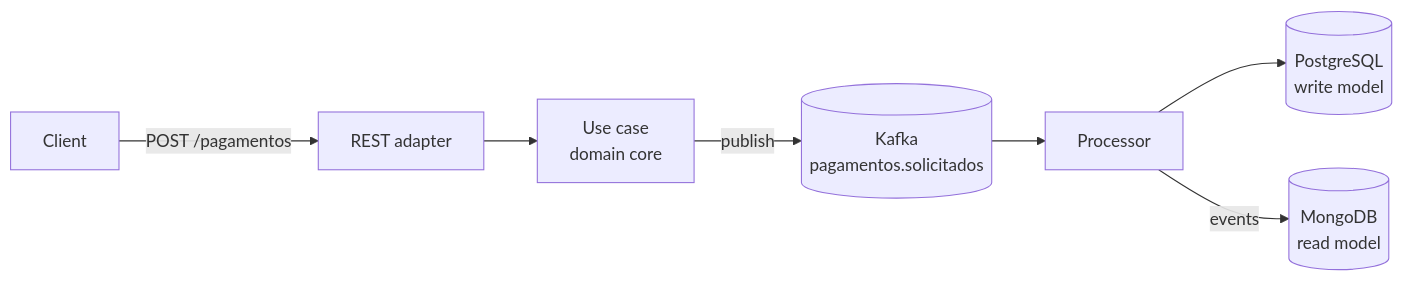
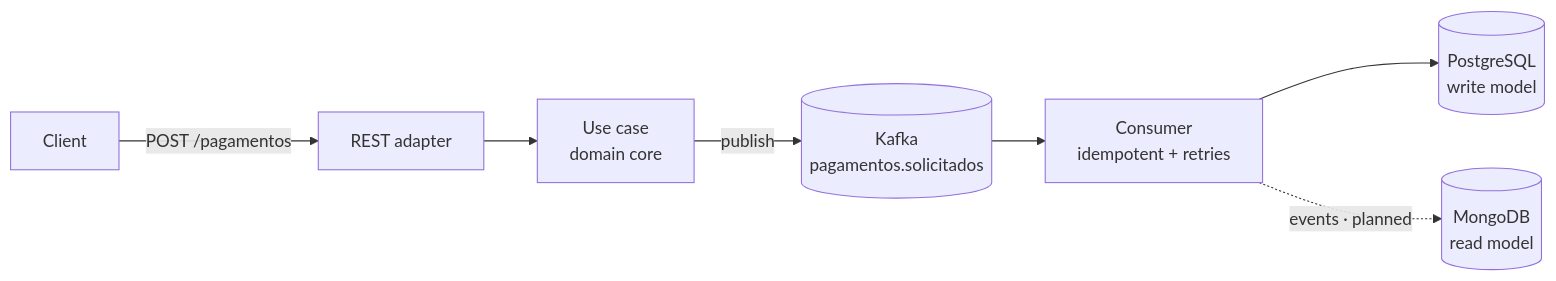
Before and after one commit to THenriqueh/THenriqueh: the diagram in README.md, drawn with Mermaid. The commit also changed other lines of this file, not shown here.

````diff
--- a/README.md
+++ b/README.md
@@ -31,9 +31,9 @@
 ```mermaid
 flowchart LR
     C[Client] -->|POST /pagamentos| API[REST adapter]
     API --> UC[Use case<br/>domain core]
     UC -->|publish| K[(Kafka<br/>pagamentos.solicitados)]
-    K --> P[Processor]
+    K --> P[Consumer<br/>idempotent + retries]
     P --> DB[(PostgreSQL<br/>write model)]
-    P -->|events| Q[(MongoDB<br/>read model)]
+    P -.->|events · planned| Q[(MongoDB<br/>read model)]
 ```
````
